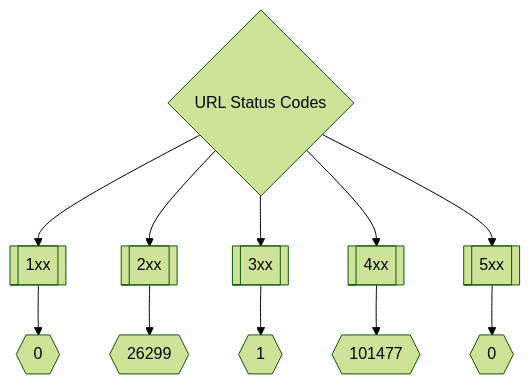
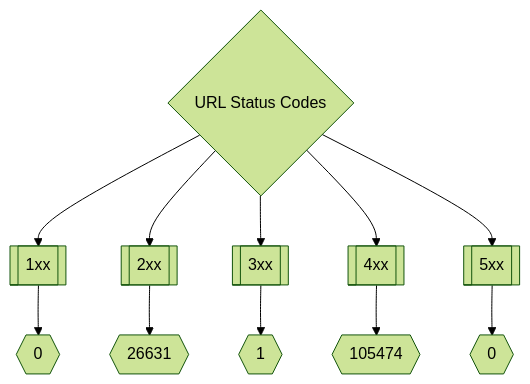
One commit to trickest/inventory changed the second of 3 diagrams in README.md. Above: the diagram before and after it, drawn with Mermaid (forest theme). The commit also changed other lines of this file and 99 other files, not shown here.

````diff
--- a/README.md
+++ b/README.md
@@ -173,8 +173,8 @@
 ```mermaid
 graph TD
 title{URL Status Codes} --> 1xx[[1xx]] --> status1xxNum{{0}}
-title --> 2xx[[2xx]] --> status2xxNum{{26299}}
+title --> 2xx[[2xx]] --> status2xxNum{{26631}}
 title --> 3xx[[3xx]] --> status3xxNum{{1}}
-title --> 4xx[[4xx]] --> status4xxNum{{101477}}
+title --> 4xx[[4xx]] --> status4xxNum{{105474}}
 title --> 5xx[[5xx]] --> status5xxNum{{0}}
 ```
````
